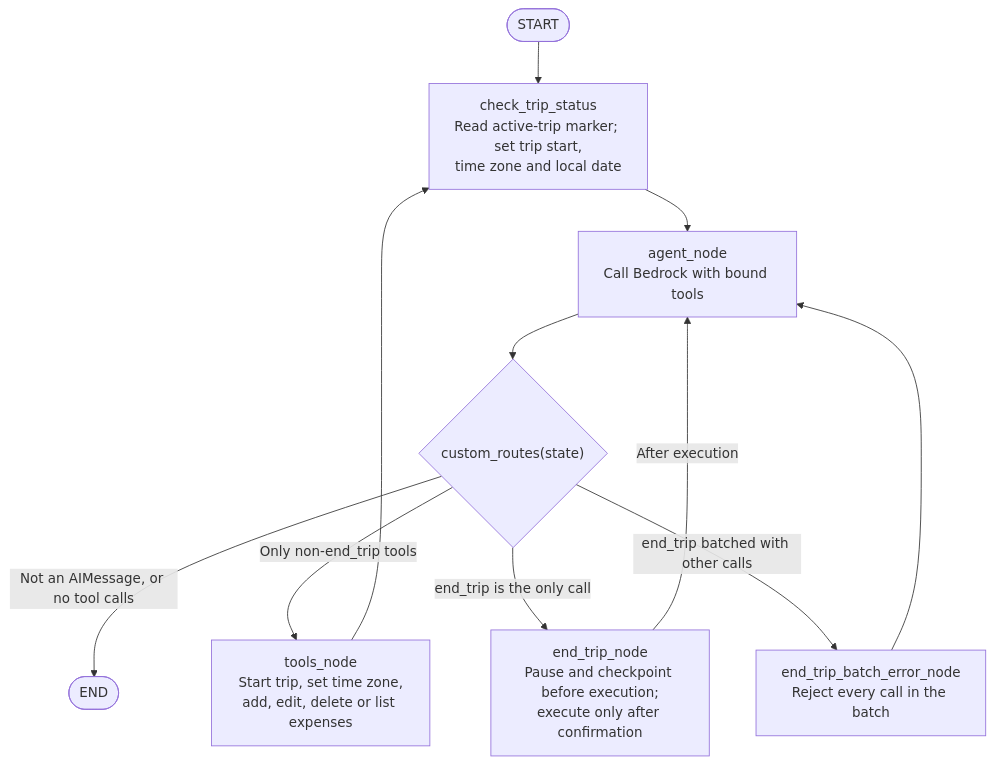
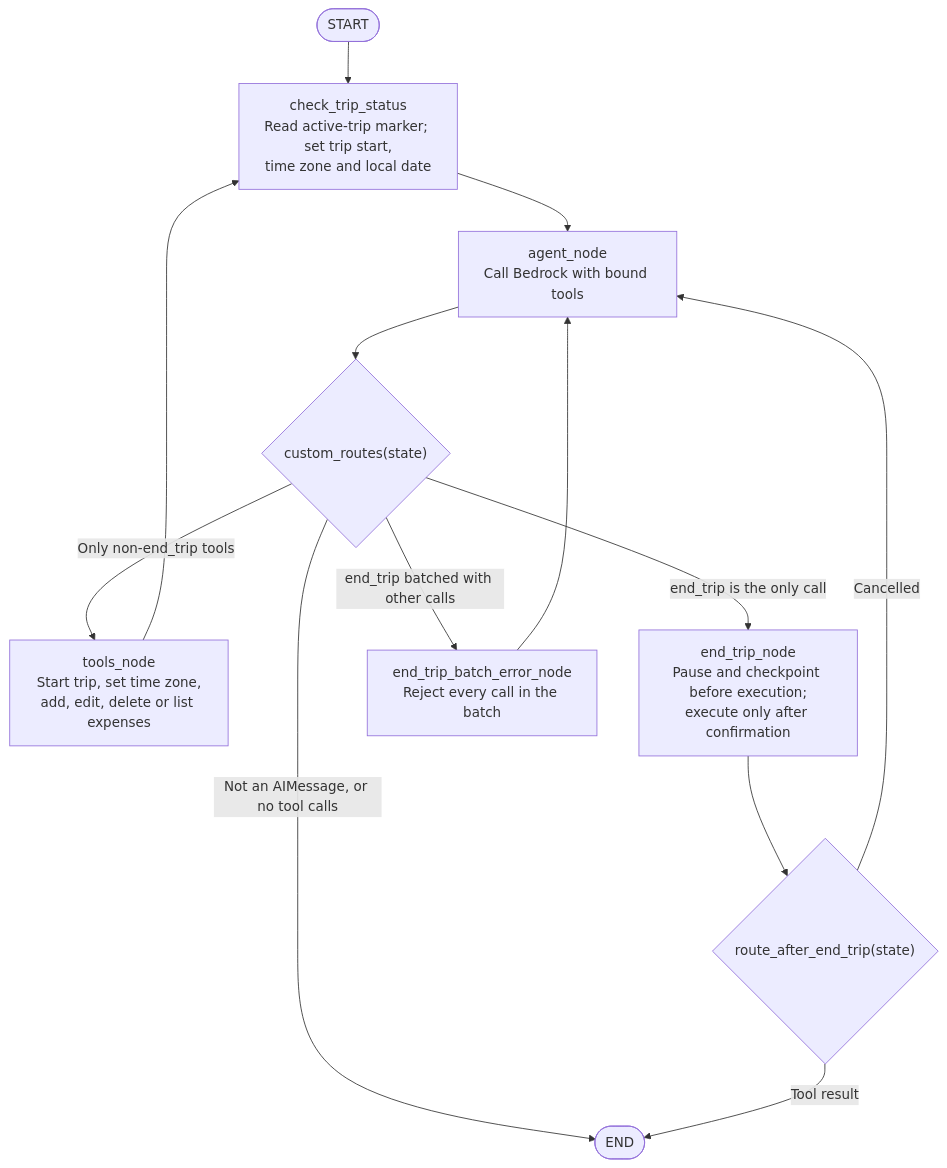
One commit to gyant6/ExpensesCalculatorAgenticBot changed the third of 4 diagrams in ARCHITECTURE.md. Above: the diagram before and after it, drawn with Mermaid. The commit also changed other lines of this file, not shown here.

Commit message:
Update end-trip architecture for direct graph completion

````diff
--- a/ARCHITECTURE.md
+++ b/ARCHITECTURE.md
@@ -198,16 +198,18 @@
 ```mermaid
 flowchart TD
     start(["START"]) --> check["check_trip_status<br/>Read active-trip marker; set trip start,<br/>time zone and local date"]
     check --> agent["agent_node<br/>Call Bedrock with bound tools"]
     agent --> route{"custom_routes(state)"}
 
     route -->|"Not an AIMessage, or no tool calls"| finish(["END"])
     route -->|"Only non-end_trip tools"| tools["tools_node<br/>Start trip, set time zone,<br/>add, edit, delete or list expenses"]
     tools --> check
 
     route -->|"end_trip is the only call"| endTrip["end_trip_node<br/>Pause and checkpoint before execution;<br/>execute only after confirmation"]
-    endTrip -->|"After execution"| agent
+    endTrip --> endRoute{"route_after_end_trip(state)"}
+    endRoute -->|"Cancelled"| agent
+    endRoute -->|"Tool result"| finish
 
     route -->|"end_trip batched with other calls"| batch["end_trip_batch_error_node<br/>Reject every call in the batch"]
     batch --> agent
 ```
````
